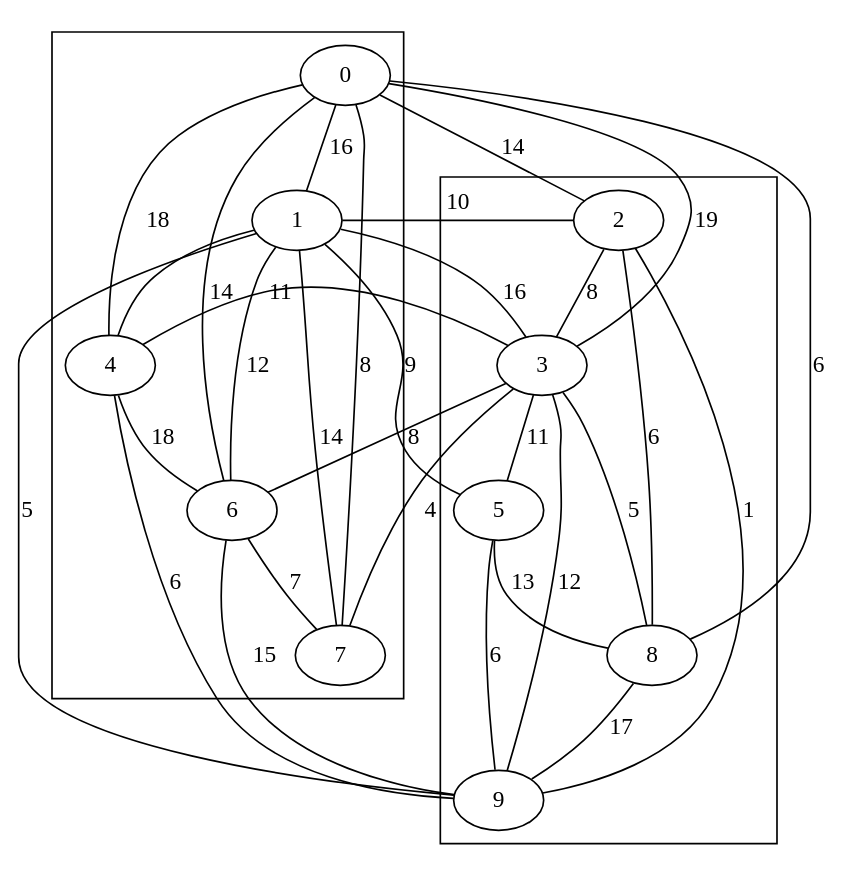
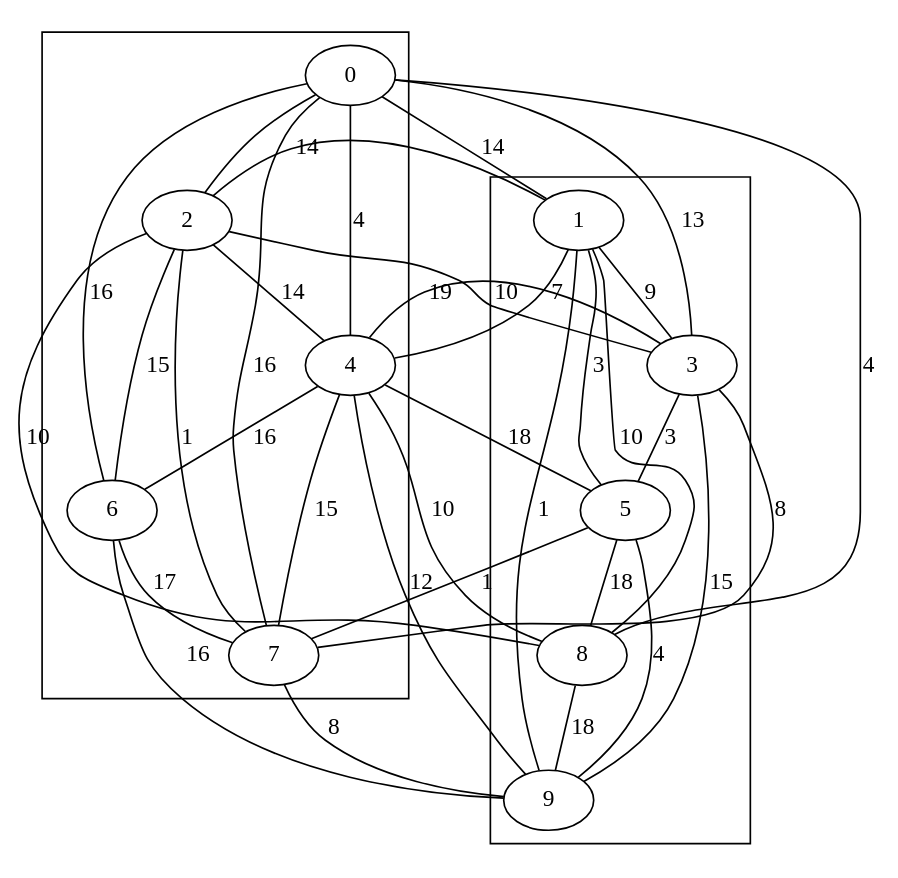
The diagram in A2/metis/mb.dot (lrodrin/masterAI), drawn with Graphviz before and after one commit. The commit also changed 9 other files, not shown here.

```diff
--- a/A2/metis/mb.dot
+++ b/A2/metis/mb.dot
@@ -1,55 +1,59 @@
 strict graph  {
 0;
 1;
 2;
 3;
 4;
 5;
 6;
 7;
 8;
 9;
-0 -- 1  [label=16];
-0 -- 2  [label=14];
-0 -- 3  [label=19];
-0 -- 4  [label=18];
-0 -- 6  [label=14];
-0 -- 7  [label=8];
-0 -- 8  [label=6];
-1 -- 2  [label=10];
-1 -- 3  [label=16];
-1 -- 5  [label=9];
-1 -- 6  [label=12];
-1 -- 7  [label=14];
-1 -- 9  [label=5];
-2 -- 3  [label=8];
-2 -- 8  [label=6];
-2 -- 9  [label=1];
-3 -- 4  [label=11];
-3 -- 5  [label=11];
-3 -- 6  [label=8];
-3 -- 7  [label=4];
-3 -- 8  [label=5];
-3 -- 9  [label=12];
-4 -- 6  [label=18];
-4 -- 9  [label=6];
-5 -- 8  [label=13];
-5 -- 9  [label=6];
-6 -- 7  [label=7];
-6 -- 9  [label=15];
-8 -- 9  [label=17];
+0 -- 1  [label=14];
+0 -- 3  [label=13];
+0 -- 4  [label=4];
+0 -- 6  [label=16];
+0 -- 7  [label=16];
+0 -- 8  [label=4];
+1 -- 2  [label=14];
+1 -- 3  [label=9];
+1 -- 4  [label=7];
+1 -- 5  [label=3];
+1 -- 8  [label=10];
+1 -- 9  [label=1];
+2 -- 3  [label=10];
+2 -- 4  [label=14];
+2 -- 6  [label=15];
+2 -- 7  [label=1];
+2 -- 8  [label=10];
+3 -- 4  [label=19];
+3 -- 5  [label=3];
+3 -- 7  [label=8];
+3 -- 9  [label=15];
+4 -- 5  [label=18];
+4 -- 6  [label=16];
+4 -- 7  [label=15];
+4 -- 8  [label=10];
+4 -- 9  [label=12];
+5 -- 7  [label=1];
+5 -- 8  [label=18];
+5 -- 9  [label=4];
+6 -- 7  [label=17];
+6 -- 9  [label=16];
+7 -- 9  [label=8];
+8 -- 9  [label=18];
 subgraph cluster_A {
-0 -- 1;
-1 -- 4;
+0 -- 2;
+2 -- 4;
 4 -- 6;
 6 -- 7;
 }
 
 subgraph cluster_B {
-2 -- 3;
+1 -- 3;
 3 -- 5;
 5 -- 8;
 8 -- 9;
 }
 
 }
```
